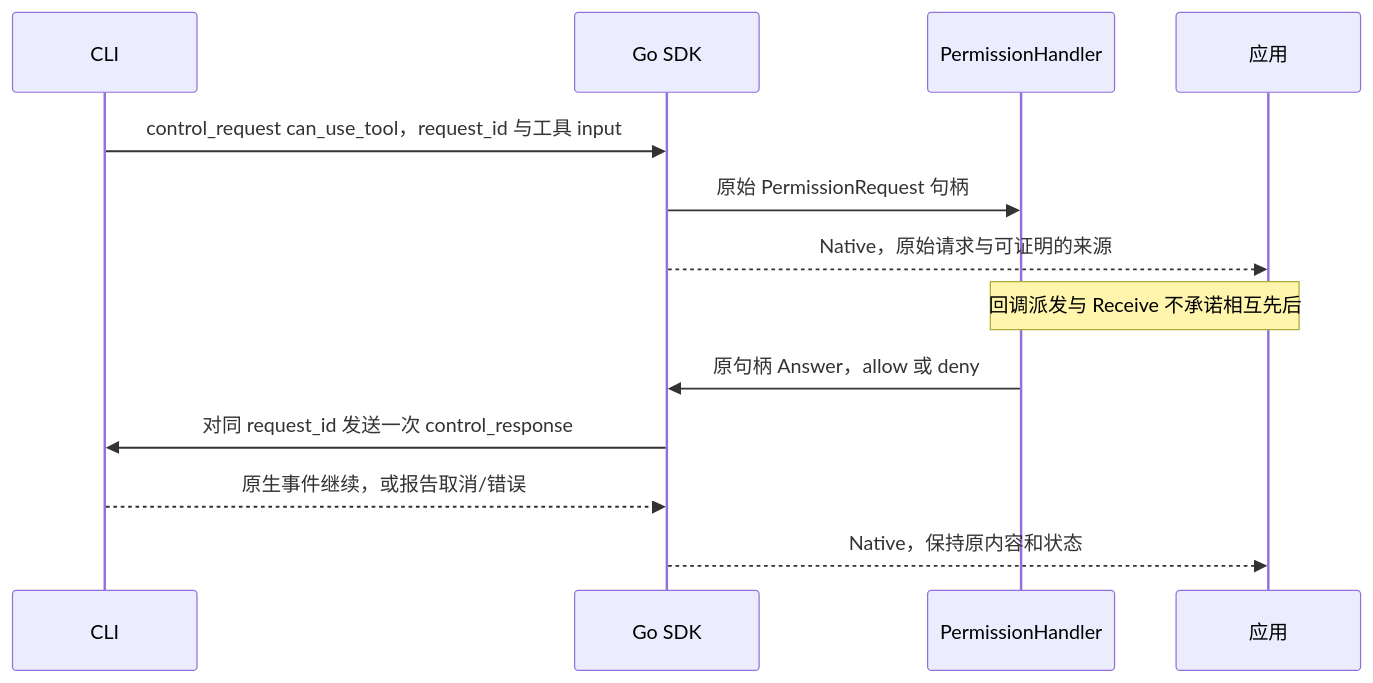
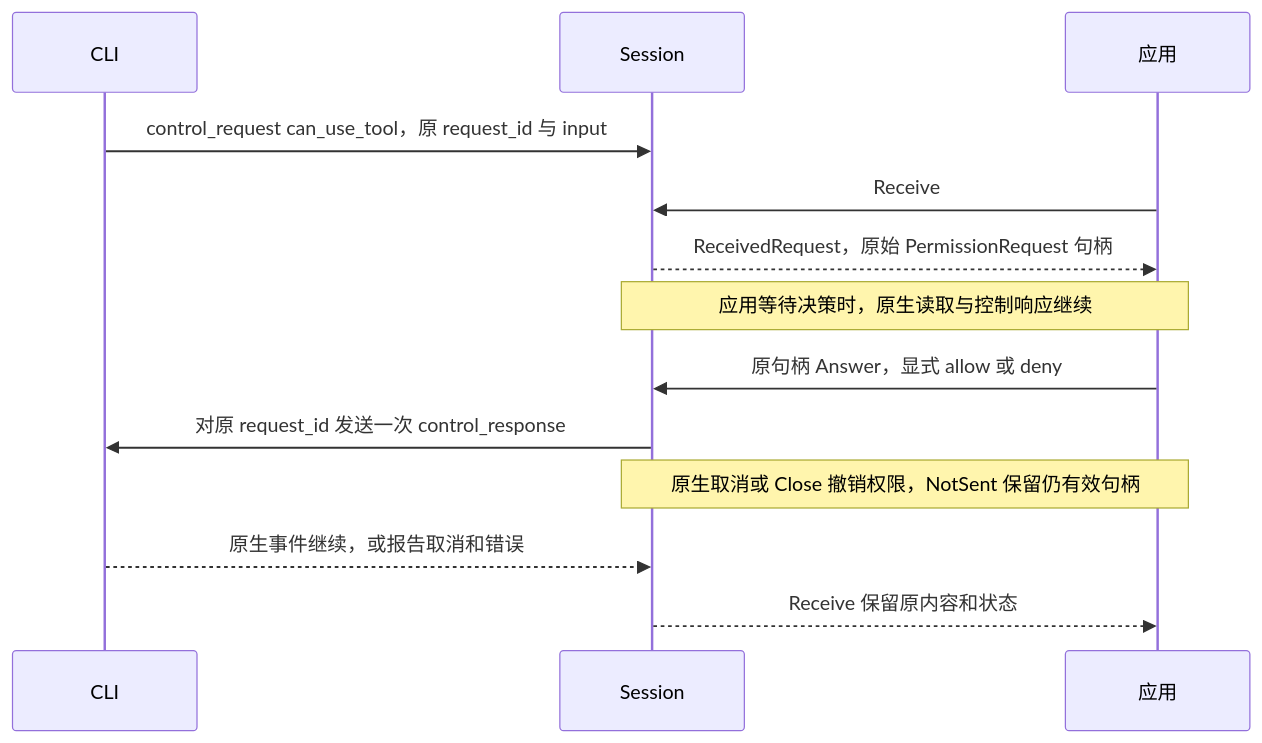
The diagram in claude/docs/diagrams/permission.mmd (zoumo/agent-sdk-go), drawn with Mermaid before and after one commit. The commit also changed 116 other files, not shown here.

First line of the commit message:
refactor(sdk): remove parallel legacy session runtimes

```diff
--- a/claude/docs/diagrams/permission.mmd
+++ b/claude/docs/diagrams/permission.mmd
@@ -1,13 +1,13 @@
 sequenceDiagram
     participant C as CLI
-    participant G as Go SDK
-    participant H as PermissionHandler
+    participant G as Session
     participant A as 应用
-    C->>G: control_request can_use_tool，request_id 与工具 input
-    G->>H: 原始 PermissionRequest 句柄
-    G-->>A: Native，原始请求与可证明的来源
-    Note over H,A: 回调派发与 Receive 不承诺相互先后
-    H->>G: 原句柄 Answer，allow 或 deny
-    G->>C: 对同 request_id 发送一次 control_response
-    C-->>G: 原生事件继续，或报告取消/错误
-    G-->>A: Native，保持原内容和状态
+    C->>G: control_request can_use_tool，原 request_id 与 input
+    A->>G: Receive
+    G-->>A: ReceivedRequest，原始 PermissionRequest 句柄
+    Note over G,A: 应用等待决策时，原生读取与控制响应继续
+    A->>G: 原句柄 Answer，显式 allow 或 deny
+    G->>C: 对原 request_id 发送一次 control_response
+    Note over G,A: 原生取消或 Close 撤销权限，NotSent 保留仍有效句柄
+    C-->>G: 原生事件继续，或报告取消和错误
+    G-->>A: Receive 保留原内容和状态
```
